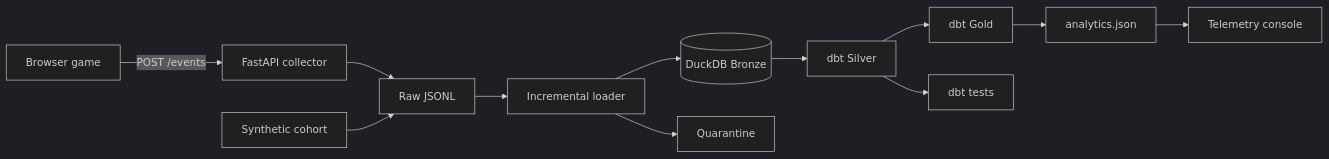
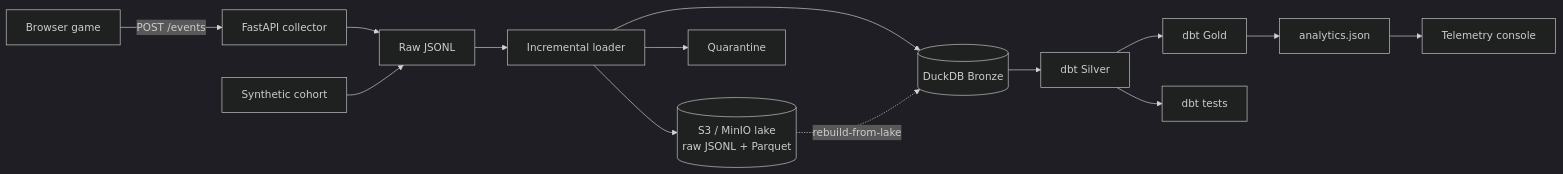
The diagram in README.md (aryanminhas13/packet-panic), drawn with Mermaid (dark theme) before and after one commit. The commit also changed other lines of this file and 9 other files, not shown here.

Commit message:
Add S3-compatible object-storage lake with rebuild-from-lake

````diff
--- a/README.md
+++ b/README.md
@@ -28,14 +29,16 @@
 ```mermaid
 flowchart LR
     A[Browser game] -->|POST /events| B[FastAPI collector]
     B --> C[Raw JSONL]
     D[Synthetic cohort] --> C
     C --> E[Incremental loader]
+    E --> S[(S3 / MinIO lake<br/>raw JSONL + Parquet)]
     E --> F[(DuckDB Bronze)]
+    S -. rebuild-from-lake .-> F
     F --> G[dbt Silver]
     G --> H[dbt Gold]
     H --> I[analytics.json]
     I --> J[Telemetry console]
     G --> K[dbt tests]
     E --> L[Quarantine]
 ```
````
